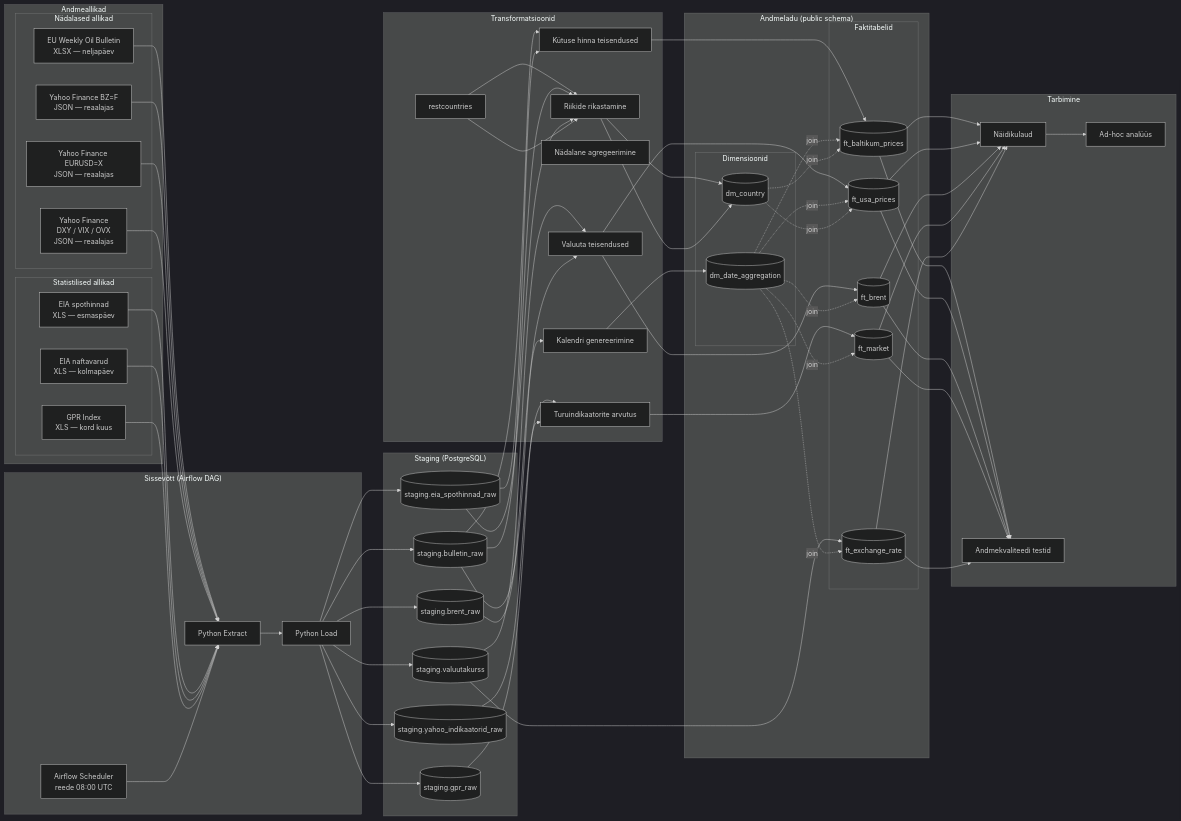
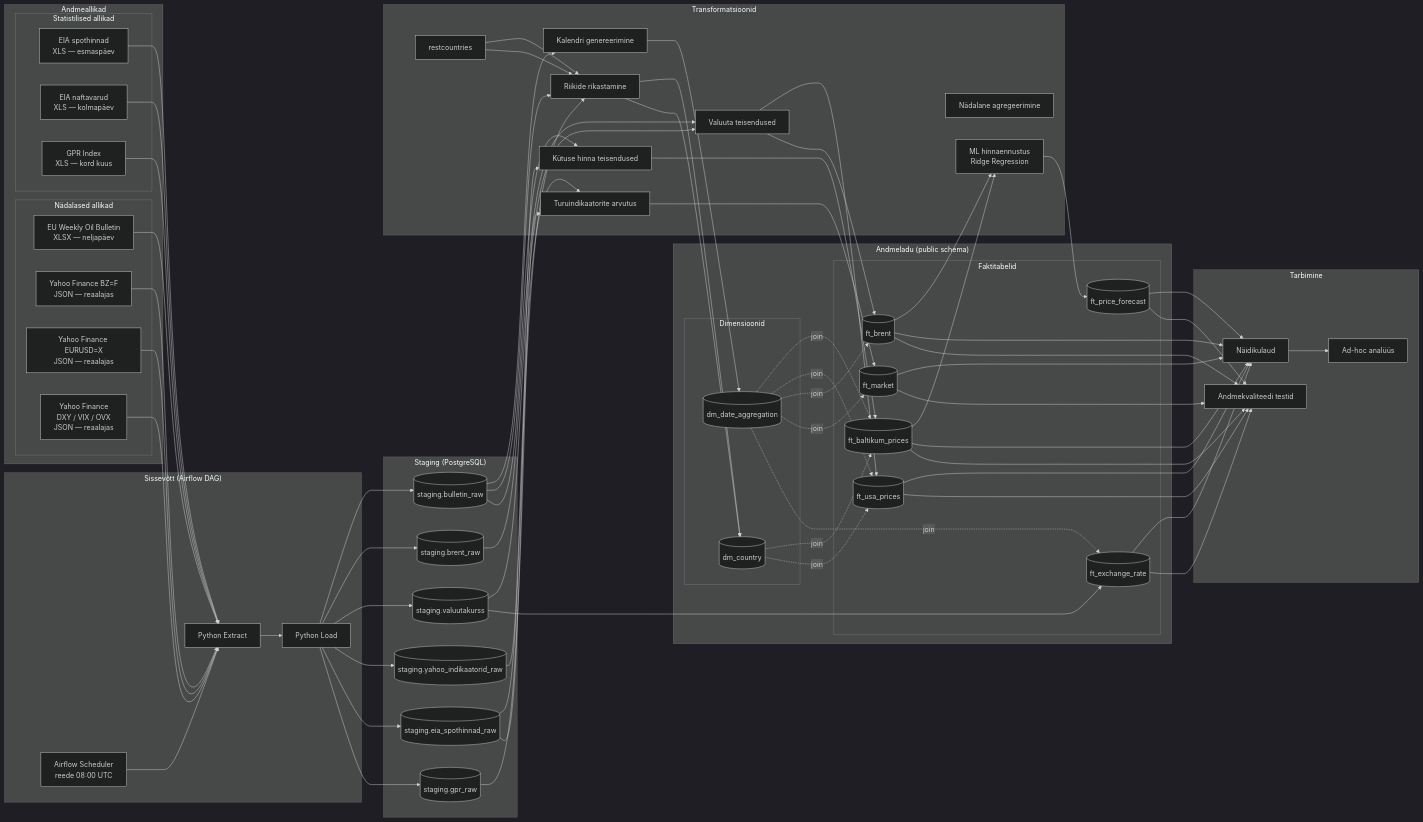
The diagram in README.md (godbolts/fuel_analysis), drawn with Mermaid (dark theme) before and after one commit. The commit also changed other lines of this file and 8 other files, not shown here.

````diff
--- a/README.md
+++ b/README.md
@@ -59,6 +59,7 @@
         currency_calc[Valuuta teisendused]
         fuel_calc[Kütuse hinna teisendused]
         market_calc[Turuindikaatorite arvutus]
+        ml_forecast[ML hinnaennustus<br/>Ridge Regression]
 
     end
 
@@ -79,6 +80,7 @@
             ft_brent[(ft_brent)]
             ft_market[(ft_market)]
             ft_fx[(ft_exchange_rate)]
+            ft_forecast[(ft_price_forecast)]
 
         end
 
@@ -138,6 +140,10 @@
     gpr_raw --> market_calc
     market_calc --> ft_market
 
+    ft_baltic --> ml_forecast
+    ft_brent --> ml_forecast
+    ml_forecast --> ft_forecast
+
     %% Dimension joins
     dm_date -. join .-> ft_baltic
     dm_date -. join .-> ft_usa
@@ -154,12 +160,14 @@
     ft_brent --> dashboard
     ft_market --> dashboard
     ft_fx --> dashboard
+    ft_forecast --> dashboard
 
     ft_baltic --> quality
     ft_usa --> quality
     ft_brent --> quality
     ft_market --> quality
     ft_fx --> quality
+    ft_forecast --> quality
 
     dashboard --> analytics
 ```
````
